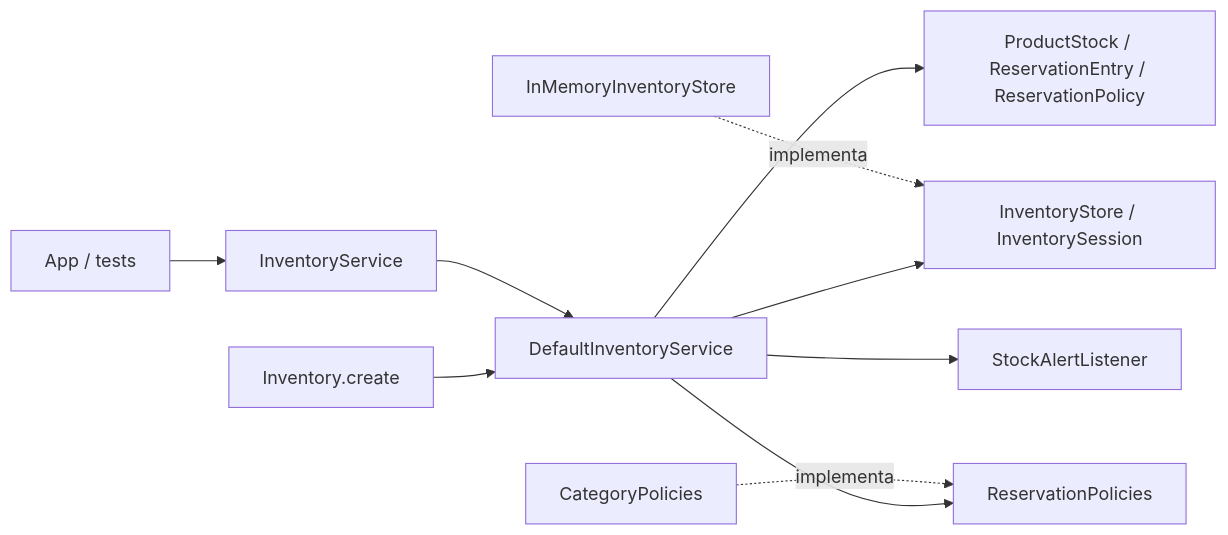
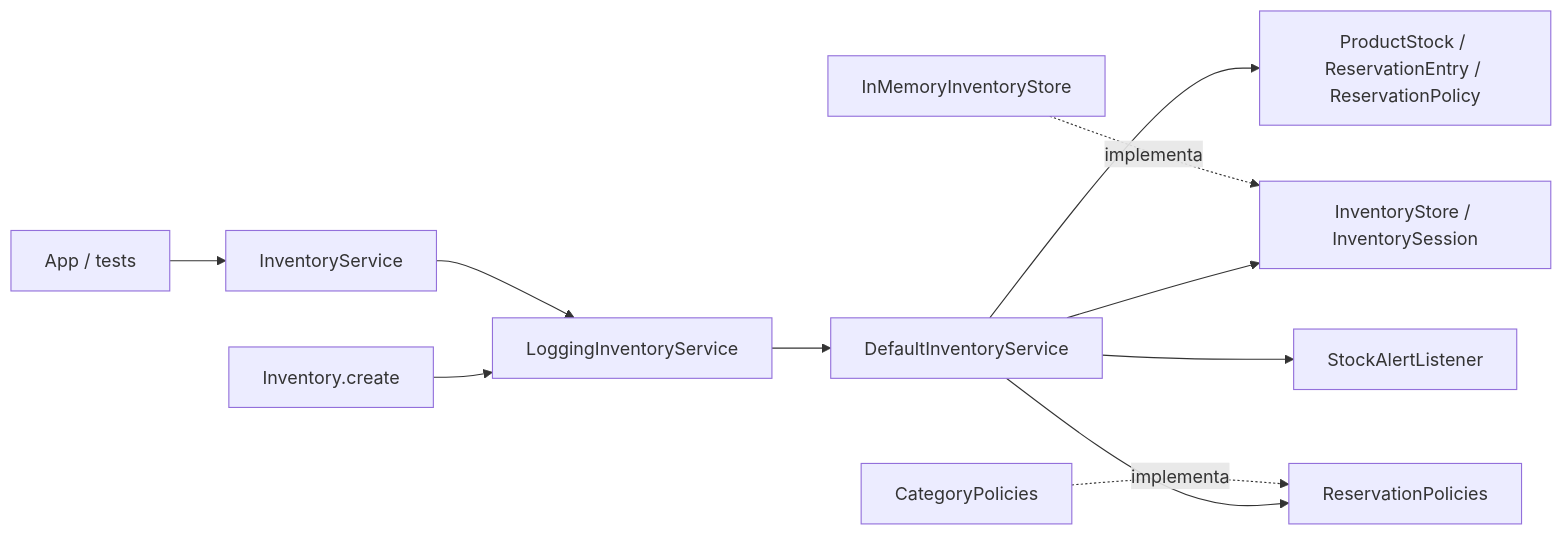
The diagram in ARCHITECTURE.md (Jorge-Menendez/tarea-inventario), drawn with Mermaid before and after one commit. The commit also changed other lines of this file and 13 other files, not shown here.

````diff
--- a/ARCHITECTURE.md
+++ b/ARCHITECTURE.md
@@ -5,12 +5,13 @@
 ```mermaid
 flowchart LR
     App[App / tests] --> API[InventoryService]
-    Factory[Inventory.create] --> Service[DefaultInventoryService]
-    API --> Service
+    Factory[Inventory.create] --> Trace[LoggingInventoryService]
+    API --> Trace
+    Trace --> Service[DefaultInventoryService]
     Service --> Domain[ProductStock / ReservationEntry / ReservationPolicy]
     Service --> Store[InventoryStore / InventorySession]
     Memory[InMemoryInventoryStore] -. implementa .-> Store
     Service --> Rules[ReservationPolicies]
     Registry[CategoryPolicies] -. implementa .-> Rules
     Service --> Alerts[StockAlertListener]
 ```
````
